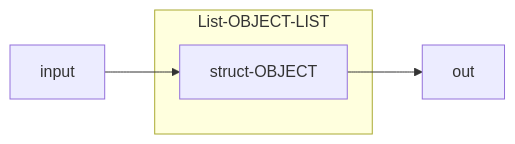
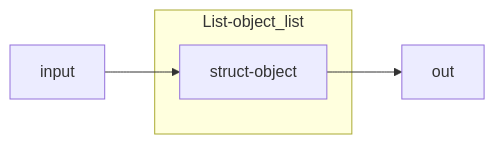
Before and after one commit to UNITY21047/2021-04-22_Raylib_ImGUI_Tiled_Study: the diagram in data/assets/plans/game_objects/object_loading/properties/object_list.md, drawn with Mermaid. The commit also changed 2 other files, not shown here.

Commit message:
Major Update:
Created some infustructure for calling properties of the object list.

````diff
--- a/data/assets/plans/game_objects/object_loading/properties/object_list.md
+++ b/data/assets/plans/game_objects/object_loading/properties/object_list.md
@@ -1,13 +1,13 @@
 ``` mermaid
 graph LR
     _1[input]
 
-    subgraph List-OBJECT-LIST
-        _1.1[struct-OBJECT]
+    subgraph List-object_list
+        _1.1[struct-object]
     end
 
     _1 --> _1.1
 
     _2[out]
     _1.1 --> _2 
 ```
````
